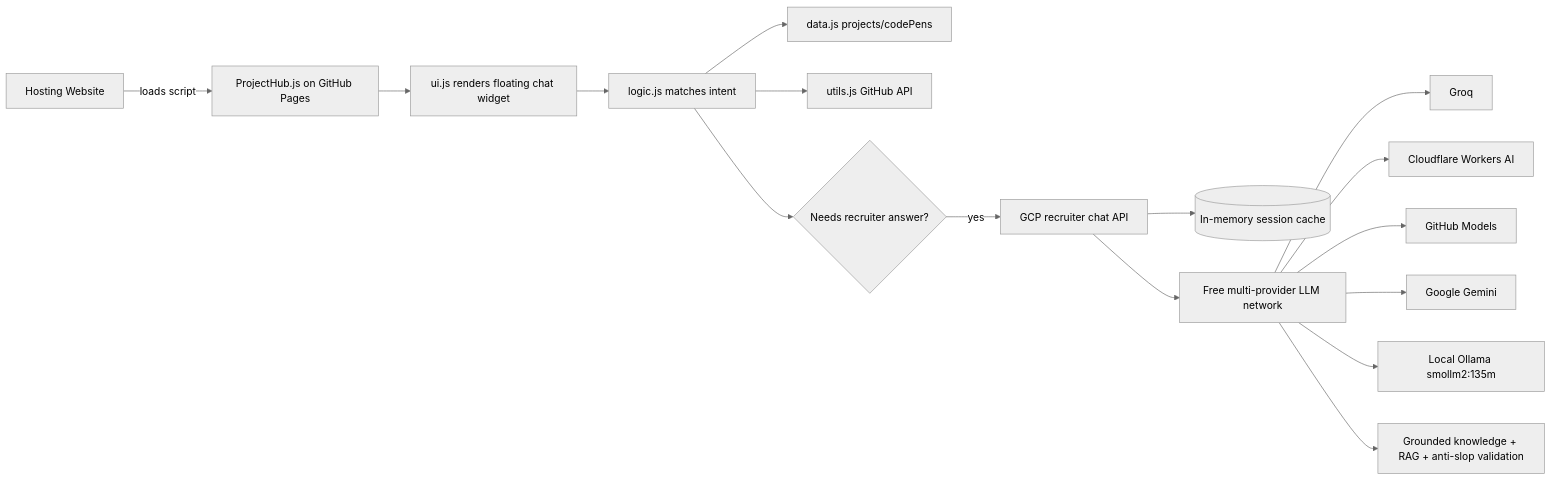
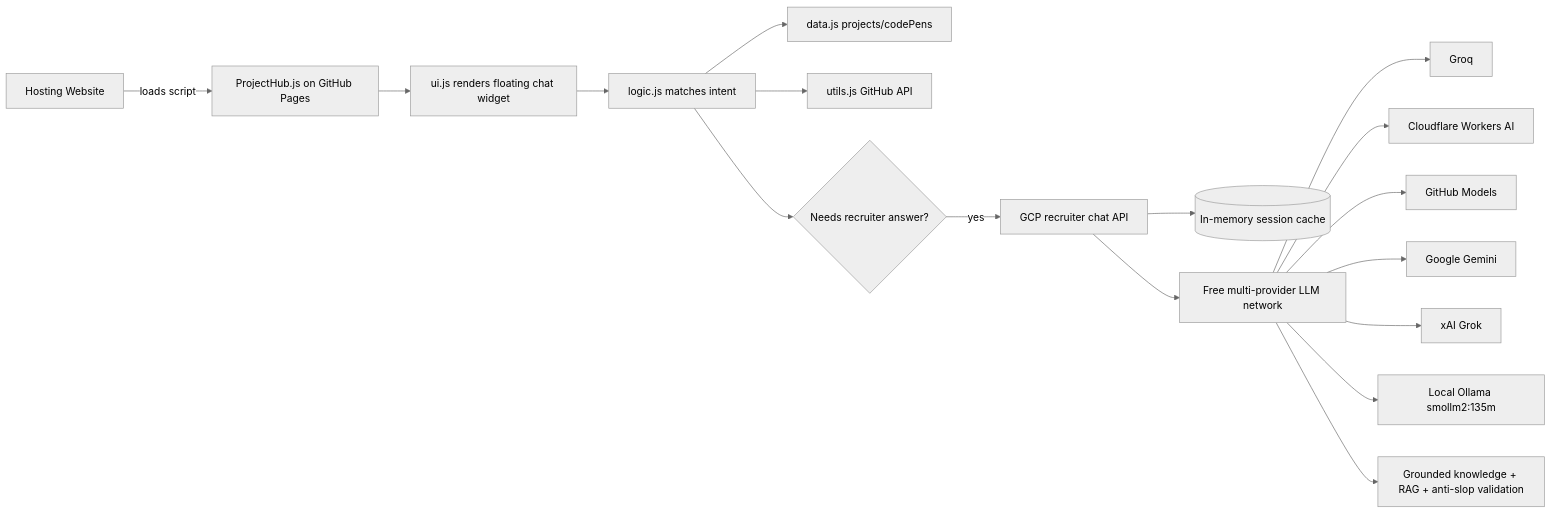
The diagram in docs/architecture-overview.md (BradleyMatera/ProjectHub), drawn with Mermaid (neutral theme) before and after one commit. The commit also changed other lines of this file and 7 other files, not shown here.

````diff
--- a/docs/architecture-overview.md
+++ b/docs/architecture-overview.md
@@ -9,18 +9,19 @@
 ```mermaid
 flowchart LR
     A[Hosting Website] -- loads script --> B[ProjectHub.js on GitHub Pages]
     B --> C[ui.js renders floating chat widget]
     C --> D[logic.js matches intent]
     D --> E[data.js projects/codePens]
     D --> F[utils.js GitHub API]
     D --> G{Needs recruiter answer?}
     G -- yes --> H[GCP recruiter chat API]
     H --> M[(In-memory session cache)]
     H --> I[Free multi-provider LLM network]
     I --> J1[Groq]
     I --> J2[Cloudflare Workers AI]
     I --> J3[GitHub Models]
     I --> J4[Google Gemini]
-    I --> J5[Local Ollama smollm2:135m]
+    I --> J5[xAI Grok]
+    I --> J6[Local Ollama smollm2:135m]
     I --> K[Grounded knowledge + RAG + anti-slop validation]
 ```
````
